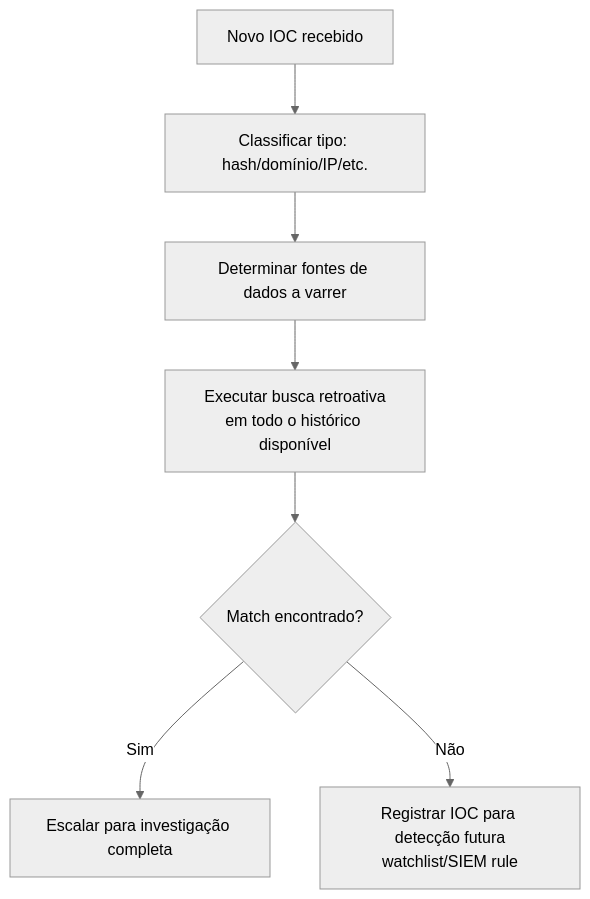
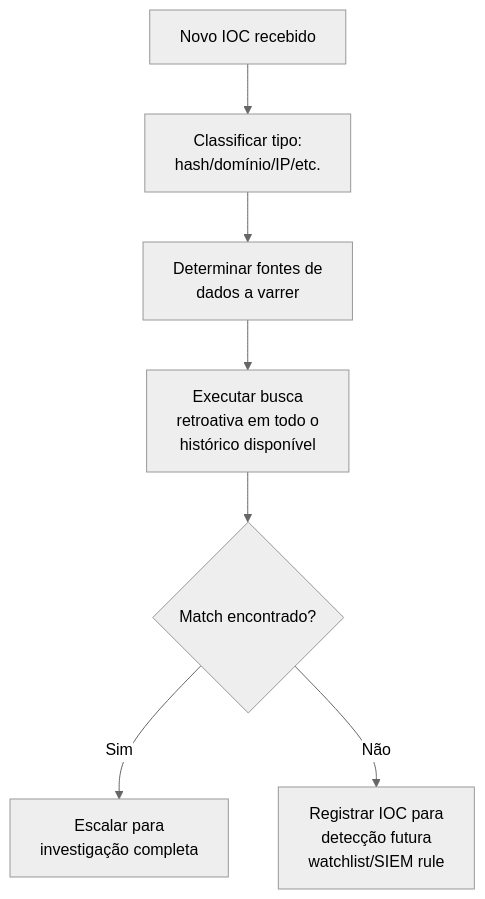
Before and after one commit to LuucasVerdun/Cyber-Attack-Analysis-Framework: the diagram in Attack-Categories/IOC-Hunting/README.md, drawn with Mermaid (neutral theme). The commit also changed 28 other files, not shown here.

````diff
--- a/Attack-Categories/IOC-Hunting/README.md
+++ b/Attack-Categories/IOC-Hunting/README.md
@@ -15,9 +15,9 @@
 ```mermaid
 flowchart TD
-    A[Novo IOC recebido] --> B[Classificar tipo: hash/domínio/IP/etc.]
-    B --> C[Determinar fontes de dados a varrer]
-    C --> D[Executar busca retroativa<br/>em todo o histórico disponível]
+    A[Novo IOC recebido] --> B[Classificar tipo:<br/>hash/domínio/IP/etc.]
+    B --> C[Determinar fontes de<br/>dados a varrer]
+    C --> D[Executar busca<br/>retroativa em todo o<br/>histórico disponível]
     D --> E{Match encontrado?}
-    E -->|Sim| F[Escalar para investigação completa]
-    E -->|Não| G[Registrar IOC para detecção futura<br/>watchlist/SIEM rule]
+    E -->|Sim| F[Escalar para<br/>investigação completa]
+    E -->|Não| G[Registrar IOC para<br/>detecção futura<br/>watchlist/SIEM rule]
 ```
````
